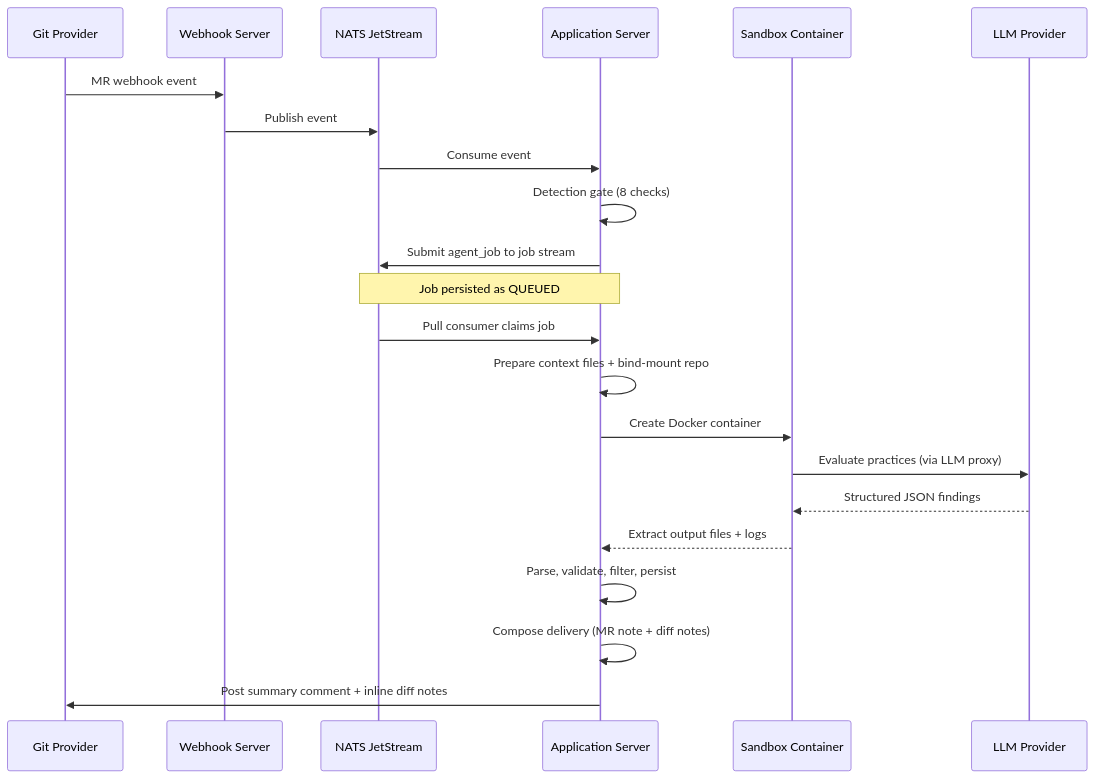
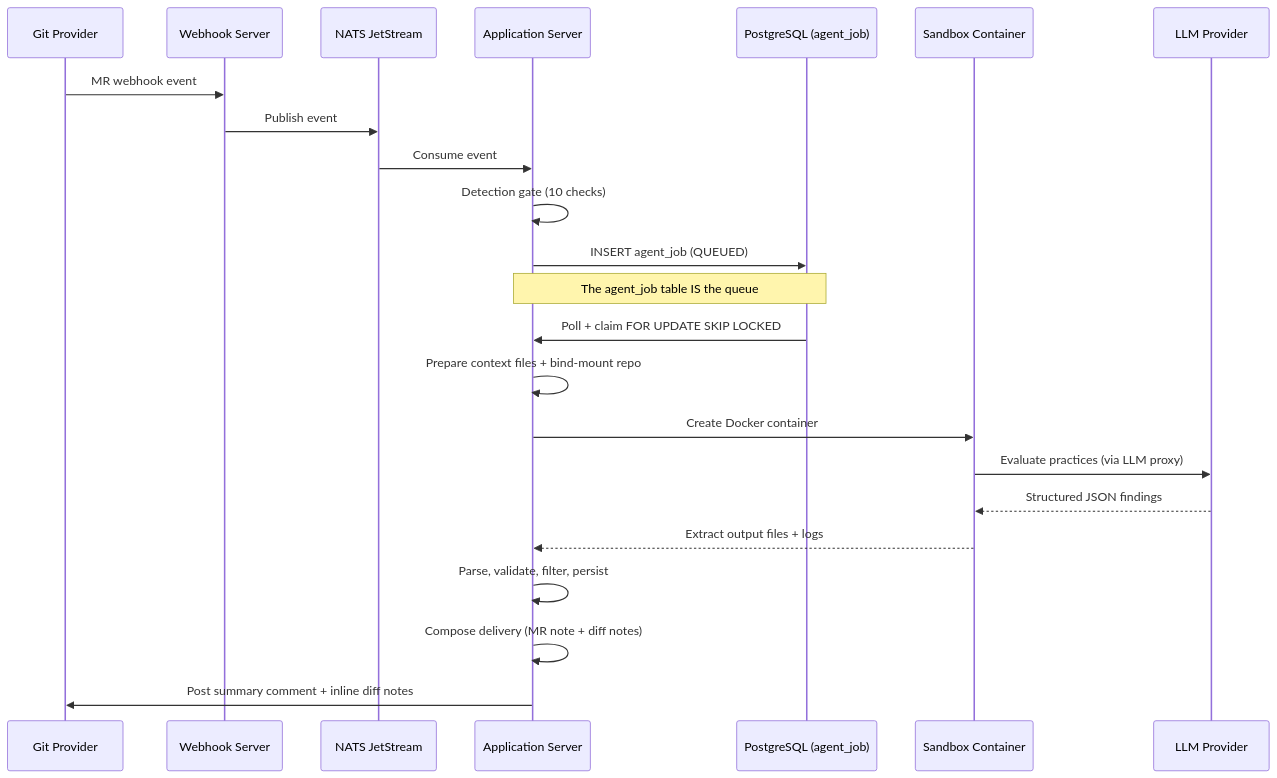
The diagram in docs/contributor/ai-code-review.mdx (ls1intum/Hephaestus), drawn with Mermaid before and after one commit. The commit also changed other lines of this file and 34 other files, not shown here.

````diff
--- a/docs/contributor/ai-code-review.mdx
+++ b/docs/contributor/ai-code-review.mdx
@@ -12,25 +12,26 @@
 ```mermaid
 sequenceDiagram
     participant GL as Git Provider
     participant WH as Webhook Server
     participant NATS as NATS JetStream
     participant AS as Application Server
+    participant DB as PostgreSQL (agent_job)
     participant SB as Sandbox Container
     participant LLM as LLM Provider
 
     GL->>WH: MR webhook event
     WH->>NATS: Publish event
     NATS->>AS: Consume event
-    AS->>AS: Detection gate (8 checks)
-    AS->>NATS: Submit agent_job to job stream
-    Note over AS,NATS: Job persisted as QUEUED
-    NATS->>AS: Pull consumer claims job
+    AS->>AS: Detection gate (10 checks)
+    AS->>DB: INSERT agent_job (QUEUED)
+    Note over AS,DB: The agent_job table IS the queue
+    DB->>AS: Poll + claim FOR UPDATE SKIP LOCKED
     AS->>AS: Prepare context files + bind-mount repo
     AS->>SB: Create Docker container
     SB->>LLM: Evaluate practices (via LLM proxy)
     LLM-->>SB: Structured JSON findings
     SB-->>AS: Extract output files + logs
     AS->>AS: Parse, validate, filter, persist
     AS->>AS: Compose delivery (MR note + diff notes)
     AS->>GL: Post summary comment + inline diff notes
 ```
````
